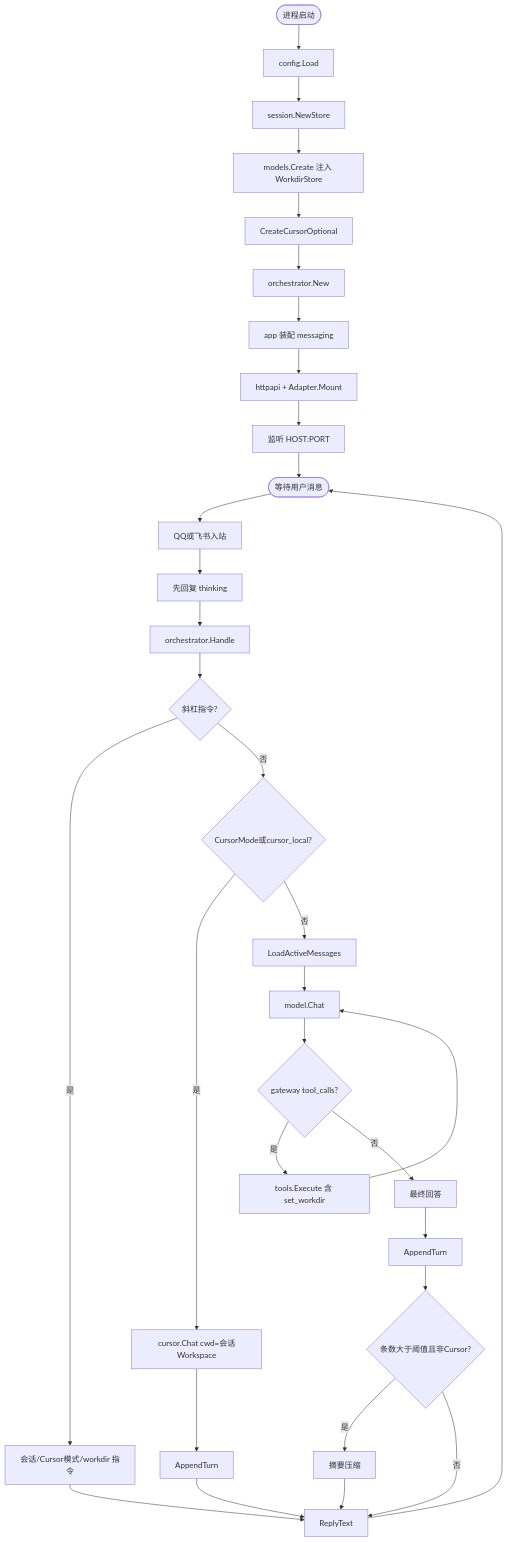
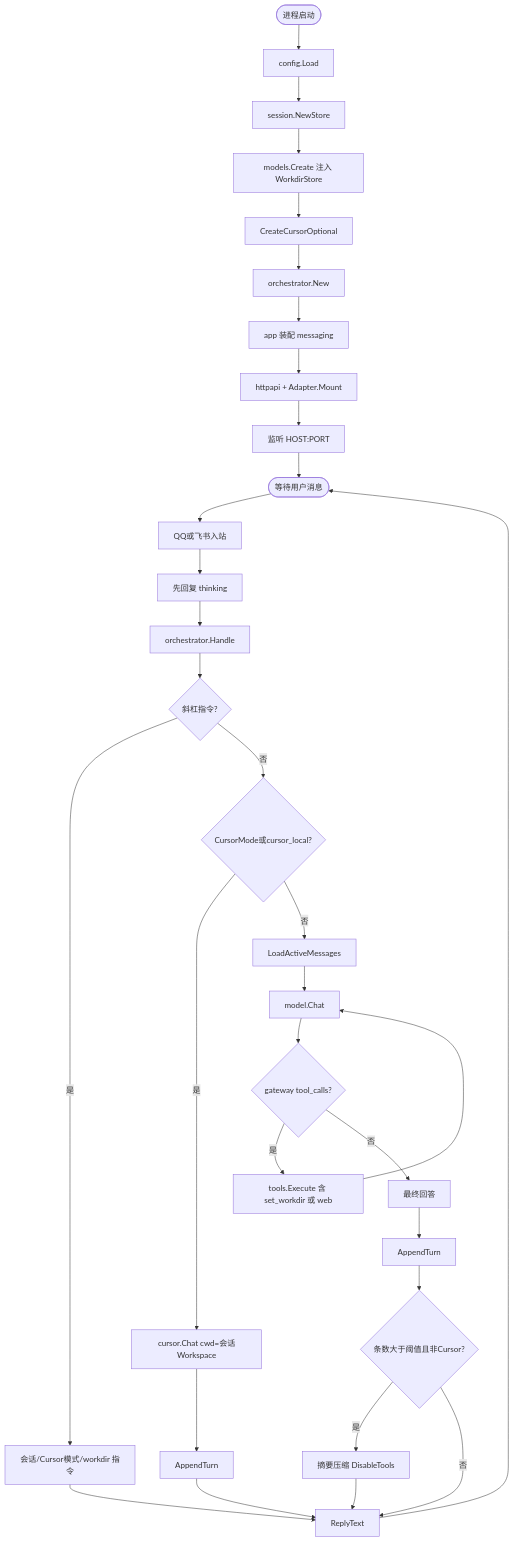
Before and after one commit to xgk1906806hjy/Personal-Bot: the first of 3 diagrams in docs/MODULES.md, drawn with Mermaid. The commit also changed other lines of this file and 1 other file, not shown here.

Commit message:
补充文档：联网工具、DisableTools 与配置启动载入说明。

````diff
--- a/docs/MODULES.md
+++ b/docs/MODULES.md
@@ -11,38 +11,38 @@
 ```mermaid
 flowchart TD
   start([进程启动]) --> loadCfg[config.Load]
   loadCfg --> sess[session.NewStore]
   sess --> createModel[models.Create 注入 WorkdirStore]
   createModel --> cursorOpt[CreateCursorOptional]
   cursorOpt --> wireOrch[orchestrator.New]
   wireOrch --> adapters[app 装配 messaging]
   adapters --> mux[httpapi + Adapter.Mount]
   mux --> listen[监听 HOST:PORT]
   listen --> waitEvt([等待用户消息])
 
   waitEvt --> inbound[QQ或飞书入站]
   inbound --> ack[先回复 thinking]
   ack --> handle[orchestrator.Handle]
 
   handle --> isCmd{斜杠指令?}
   isCmd -->|是| cmd[会话/Cursor模式/workdir 指令]
   cmd --> outReply
 
   isCmd -->|否| cursorMode{CursorMode或cursor_local?}
   cursorMode -->|是| cursorChat[cursor.Chat cwd=会话Workspace]
   cursorChat --> appendC[AppendTurn]
   appendC --> outReply
 
   cursorMode -->|否| loadHist[LoadActiveMessages]
   loadHist --> chat[model.Chat]
   chat --> needTool{gateway tool_calls?}
-  needTool -->|是| execTool[tools.Execute 含 set_workdir]
+  needTool -->|是| execTool[tools.Execute 含 set_workdir 或 web]
   execTool --> chat
   needTool -->|否| answer[最终回答]
   answer --> appendTurn[AppendTurn]
   appendTurn --> needCompress{条数大于阈值且非Cursor?}
-  needCompress -->|是| compress[摘要压缩]
+  needCompress -->|是| compress[摘要压缩 DisableTools]
   needCompress -->|否| outReply
   compress --> outReply[ReplyText]
   outReply --> waitEvt
 ```
````
